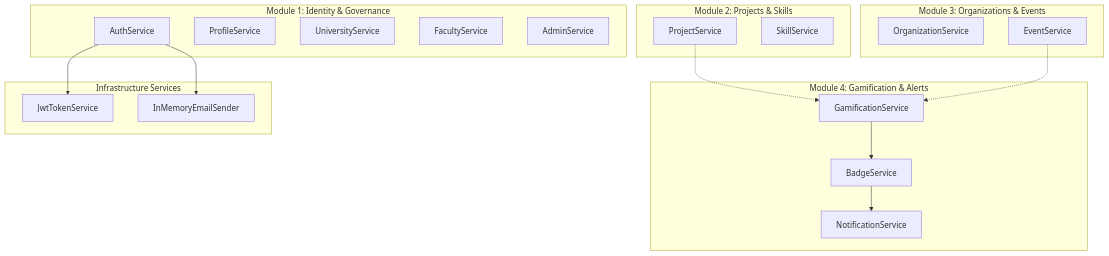
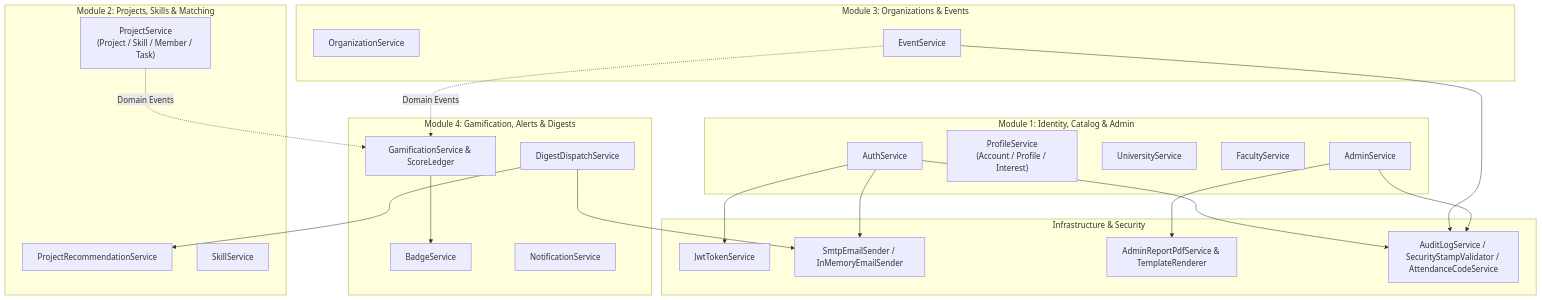
The diagram in wiki/Backend Services.md (AhmedTyson/TeamUp), drawn with Mermaid before and after one commit. The commit also changed other lines of this file and 34 other files, not shown here.

Commit message:
docs: refine README, wiki, ERD/mapping specs, API guides, and add LICENSE

````diff
--- a/wiki/Backend Services.md
+++ b/wiki/Backend Services.md
@@ -26,38 +29,47 @@
 ```mermaid
 graph TD
-    subgraph M1["Module 1: Identity & Governance"]
+    subgraph M1["Module 1: Identity, Catalog & Admin"]
         AS[AuthService]
-        PS[ProfileService]
+        PS["ProfileService<br/>(Account / Profile / Interest)"]
         US[UniversityService]
         FS[FacultyService]
         ADM[AdminService]
     end
 
-    subgraph M2["Module 2: Projects & Skills"]
-        PRS[ProjectService]
+    subgraph M2["Module 2: Projects, Skills & Matching"]
+        PRS["ProjectService<br/>(Project / Skill / Member / Task)"]
+        PREC[ProjectRecommendationService]
         SKS[SkillService]
     end
 
     subgraph M3["Module 3: Organizations & Events"]
         OGS[OrganizationService]
         EVS[EventService]
     end
 
-    subgraph M4["Module 4: Gamification & Alerts"]
-        GMS[GamificationService]
+    subgraph M4["Module 4: Gamification, Alerts & Digests"]
+        GMS[GamificationService & ScoreLedger]
         BGS[BadgeService]
         NTS[NotificationService]
+        DGS[DigestDispatchService]
     end
 
-    subgraph Infra["Infrastructure Services"]
+    subgraph Infra["Infrastructure & Security"]
         JWT[JwtTokenService]
-        EML[InMemoryEmailSender]
+        EML["SmtpEmailSender / InMemoryEmailSender"]
+        PDF["AdminReportPdfService & TemplateRenderer"]
+        SEC["AuditLogService / SecurityStampValidator / AttendanceCodeService"]
     end
 
     AS --> JWT
     AS --> EML
-    PRS -.-> GMS
-    EVS -.-> GMS
+    AS --> SEC
+    PRS -.->|Domain Events| GMS
+    EVS -.->|Domain Events| GMS
+    EVS --> SEC
     GMS --> BGS
-    BGS --> NTS
+    DGS --> PREC
+    DGS --> EML
+    ADM --> PDF
+    ADM --> SEC
 ```
````
